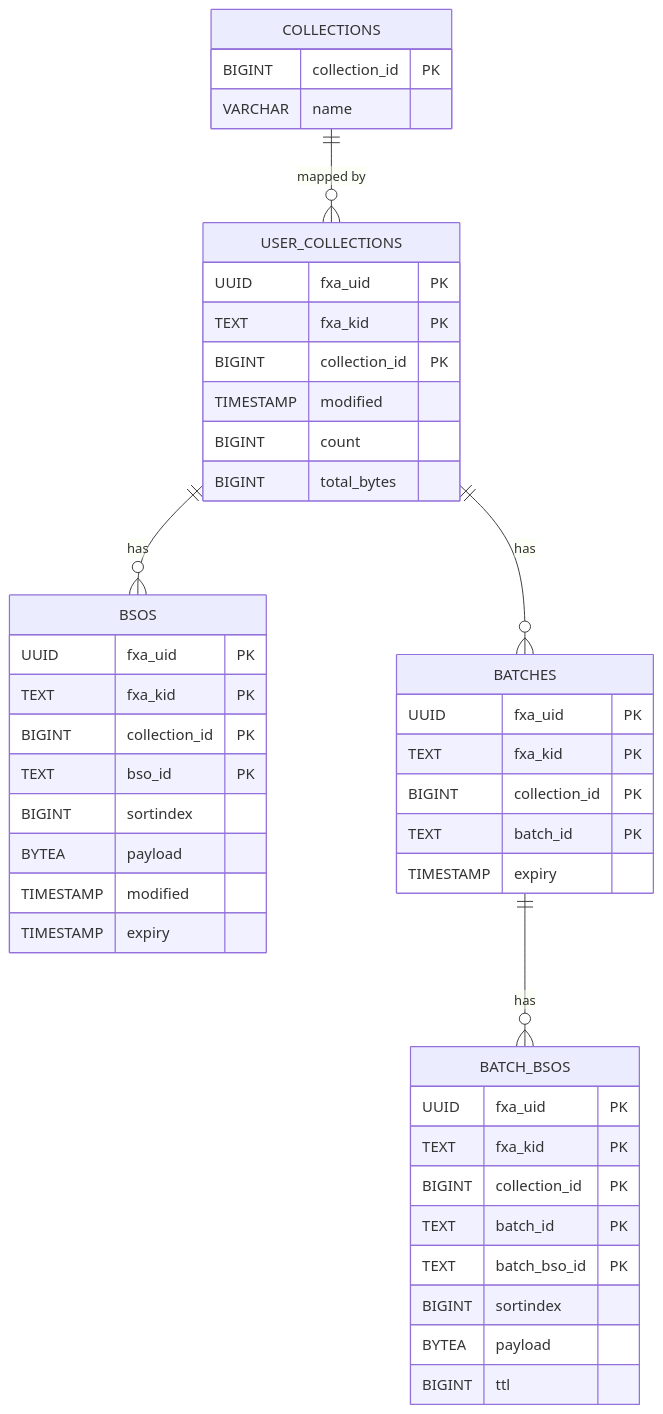
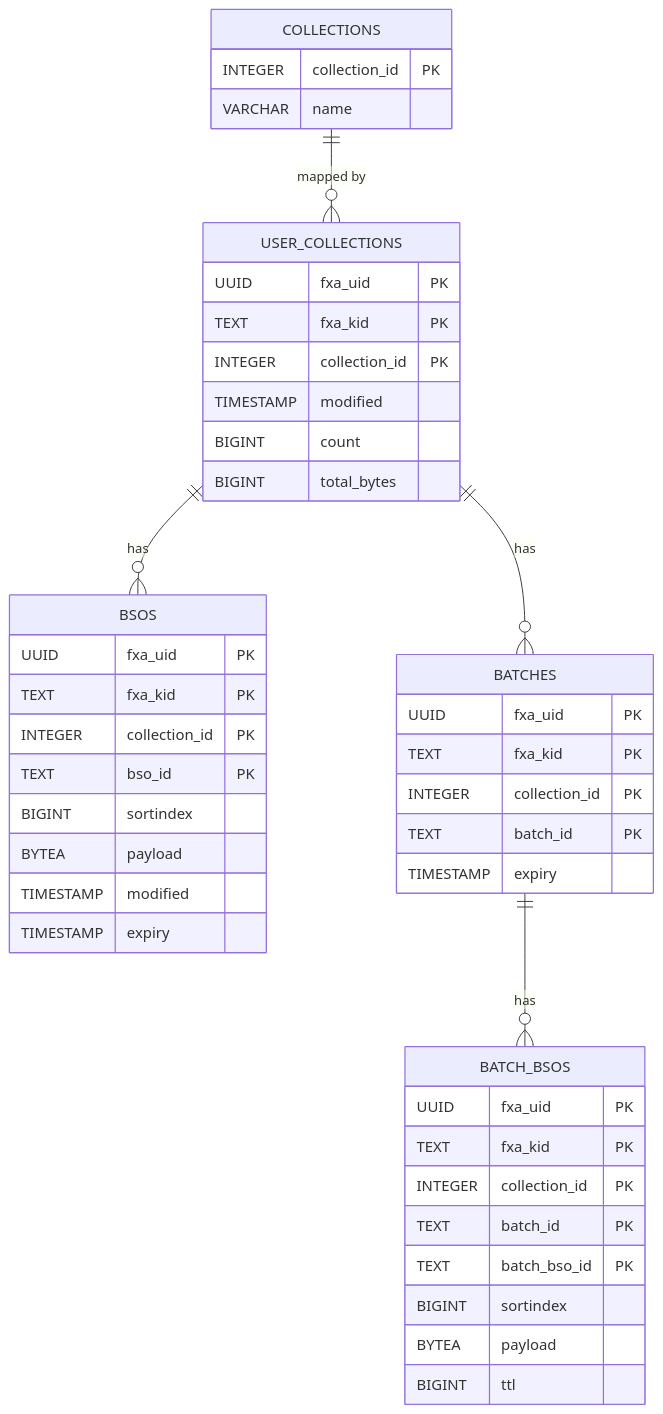
Before and after one commit to mozilla-services/syncstorage-rs: the diagram in syncstorage-postgres/syncstorage_postgres_db.md, drawn with Mermaid. The commit also changed other lines of this file, not shown here.

Commit message:
update doc types for schema

````diff
--- a/syncstorage-postgres/syncstorage_postgres_db.md
+++ b/syncstorage-postgres/syncstorage_postgres_db.md
@@ -90,51 +90,51 @@
 ```mermaid
 erDiagram
     USER_COLLECTIONS {
         UUID fxa_uid PK
         TEXT fxa_kid PK
-        BIGINT collection_id PK
+        INTEGER collection_id PK
         TIMESTAMP modified
         BIGINT count
         BIGINT total_bytes
     }
 
     COLLECTIONS {
-        BIGINT collection_id PK
+        INTEGER collection_id PK
         VARCHAR name
     }
 
     BSOS {
         UUID fxa_uid PK
         TEXT fxa_kid PK
-        BIGINT collection_id PK
+        INTEGER collection_id PK
         TEXT bso_id PK
         BIGINT sortindex
         BYTEA payload
         TIMESTAMP modified
         TIMESTAMP expiry
     }
 
     BATCHES {
         UUID fxa_uid PK
         TEXT fxa_kid PK
-        BIGINT collection_id PK
+        INTEGER collection_id PK
         TEXT batch_id PK
         TIMESTAMP expiry
     }
 
     BATCH_BSOS {
         UUID fxa_uid PK
         TEXT fxa_kid PK
-        BIGINT collection_id PK
+        INTEGER collection_id PK
         TEXT batch_id PK
         TEXT batch_bso_id PK
         BIGINT sortindex
         BYTEA payload
         BIGINT ttl
     }
 
     USER_COLLECTIONS ||--o{ BSOS : "has"
     USER_COLLECTIONS ||--o{ BATCHES : "has"
     BATCHES ||--o{ BATCH_BSOS : "has"
     COLLECTIONS ||--o{ USER_COLLECTIONS : "mapped by"
 ```
````
